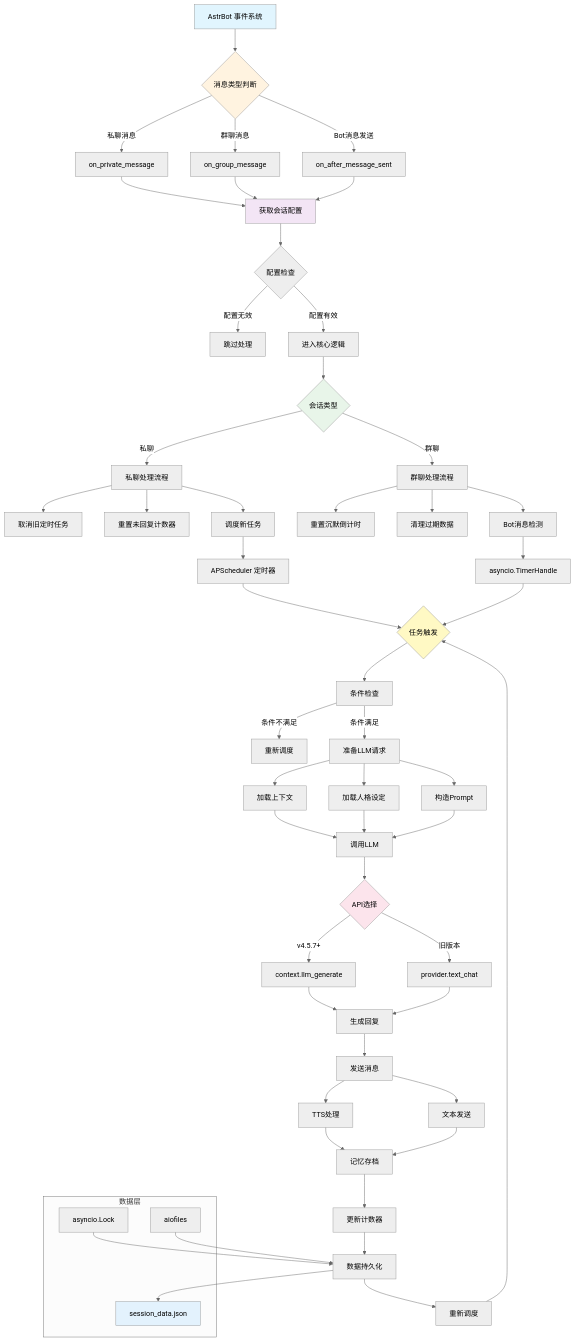
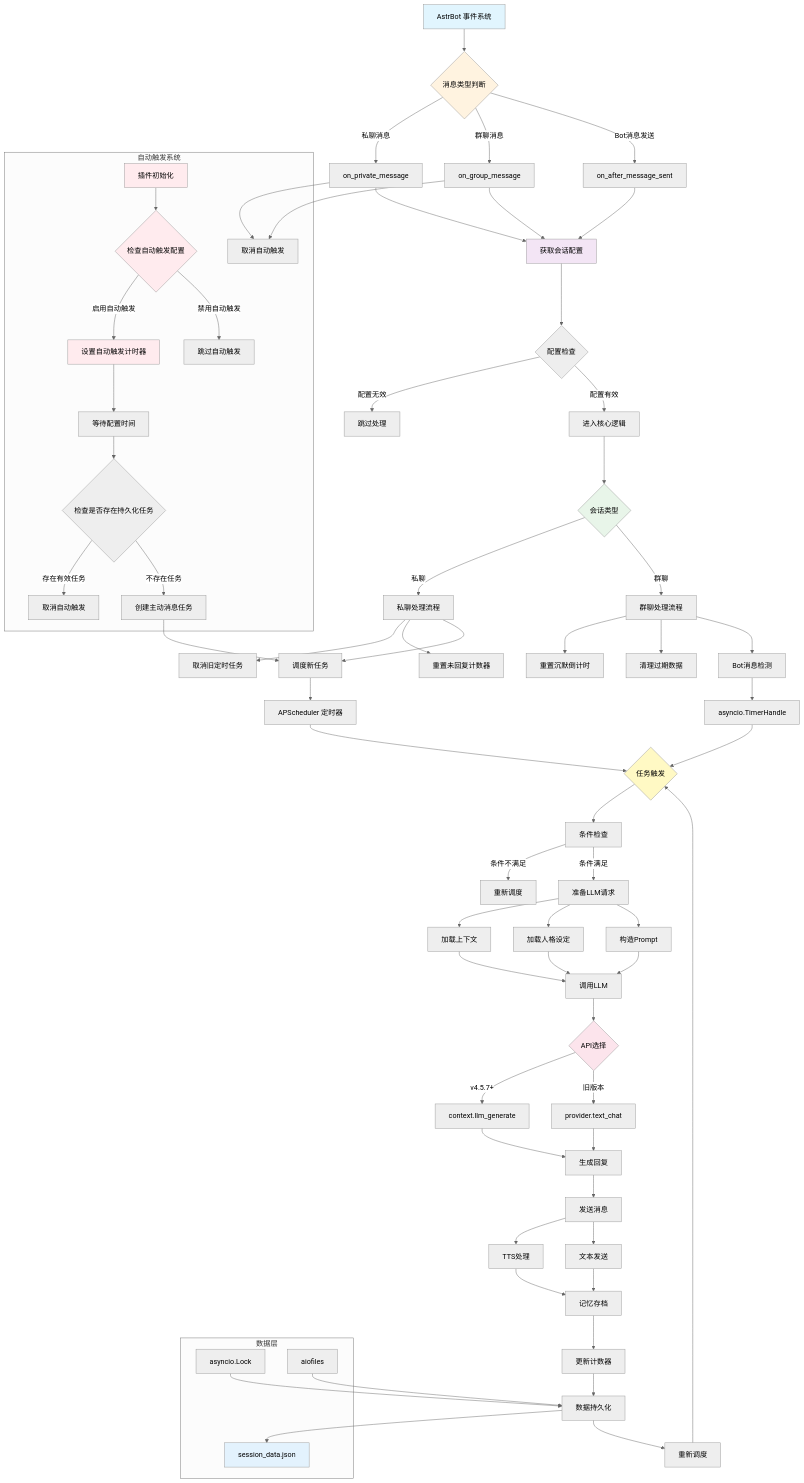
Before and after one commit to jjf1126/astrbot_plugin_proactive_chat: the diagram in README.md, drawn with Mermaid (neutral theme). The commit also changed other lines of this file, not shown here.

Commit message:
docs: 更新适用于 v1.0.0-beta.2 的 README 文档。

````diff
--- a/README.md
+++ b/README.md
@@ -386,6 +416,33 @@
 
     M1 --> U
 
+    %% v1.0.0-beta.2 新增: 自动主动消息系统
+    N2[插件初始化] --> O2{检查自动触发配置}
+    O2 -->|启用自动触发| P2[设置自动触发计时器]
+    O2 -->|禁用自动触发| Q2[跳过自动触发]
+    
+    P2 --> R2[等待配置时间]
+    R2 --> S2{检查是否存在持久化任务}
+    S2 -->|存在有效任务| T2[取消自动触发]
+    S2 -->|不存在任务| U2[创建主动消息任务]
+    
+    C --> V2[取消自动触发]
+    D --> V2
+    
+    U2 --> O
+    
+    subgraph 自动触发系统
+        N2
+        O2
+        P2
+        Q2
+        R2
+        S2
+        T2
+        U2
+        V2
+    end
+
     subgraph 数据层
         N1[session_data.json]
         O1[asyncio.Lock]
@@ -403,4 +460,7 @@
     style U fill:#fff9c4
     style C1 fill:#fce4ec
     style N1 fill:#e3f2fd
+    style N2 fill:#ffebee
+    style O2 fill:#ffebee
+    style P2 fill:#ffebee
 ```
````
